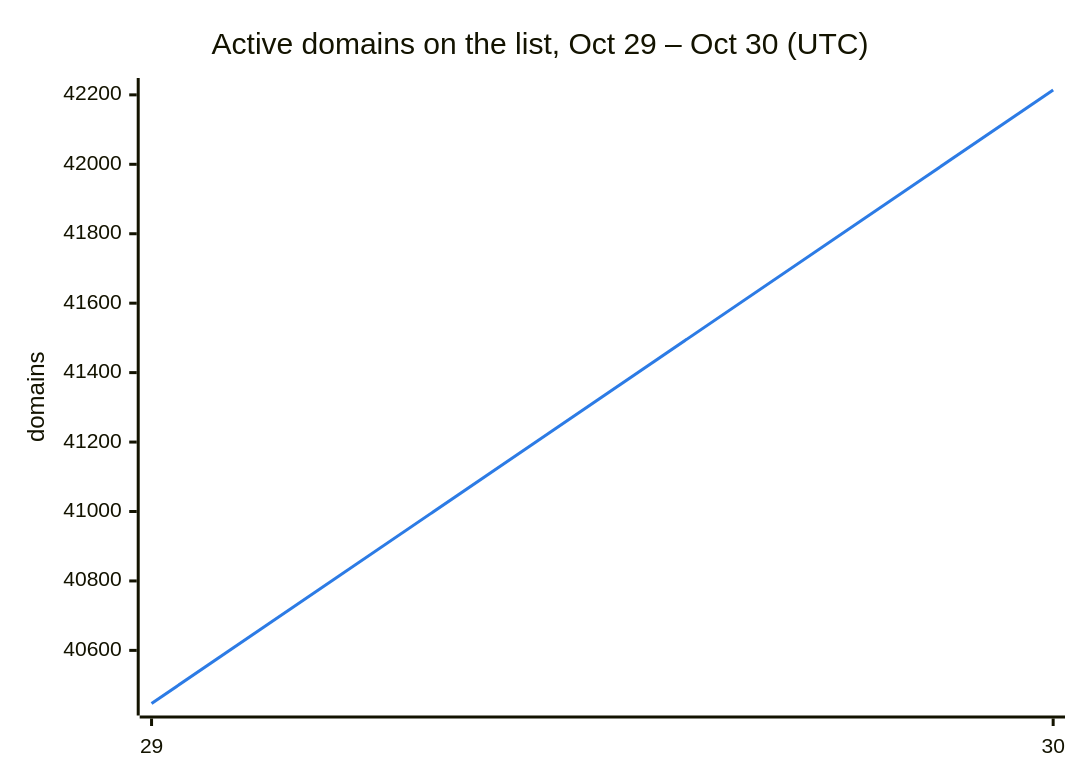
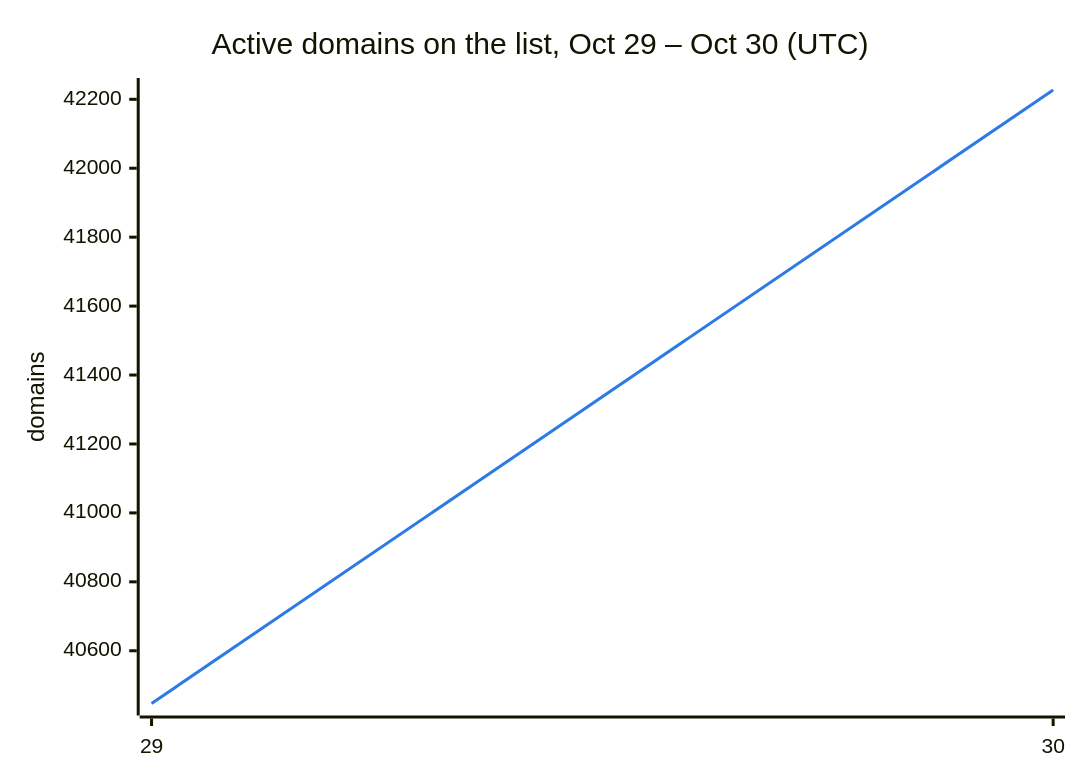
One commit to DNSBunker/CTI changed the second of 3 diagrams in README.md. Above: the diagram before and after it, drawn with Mermaid. The commit also changed other lines of this file and 3 other files, not shown here.

````diff
--- a/README.md
+++ b/README.md
@@ -38,8 +38,8 @@
 ```mermaid
 %%{init: {"themeVariables": {"xyChart": {"plotColorPalette": "#2c7be5"}}}}%%
 xychart-beta
     title "Active domains on the list, Oct 29 – Oct 30 (UTC)"
     x-axis ["29", "30"]
     y-axis "domains"
-    line [40447, 42214]
+    line [40447, 42227]
 ```
````
